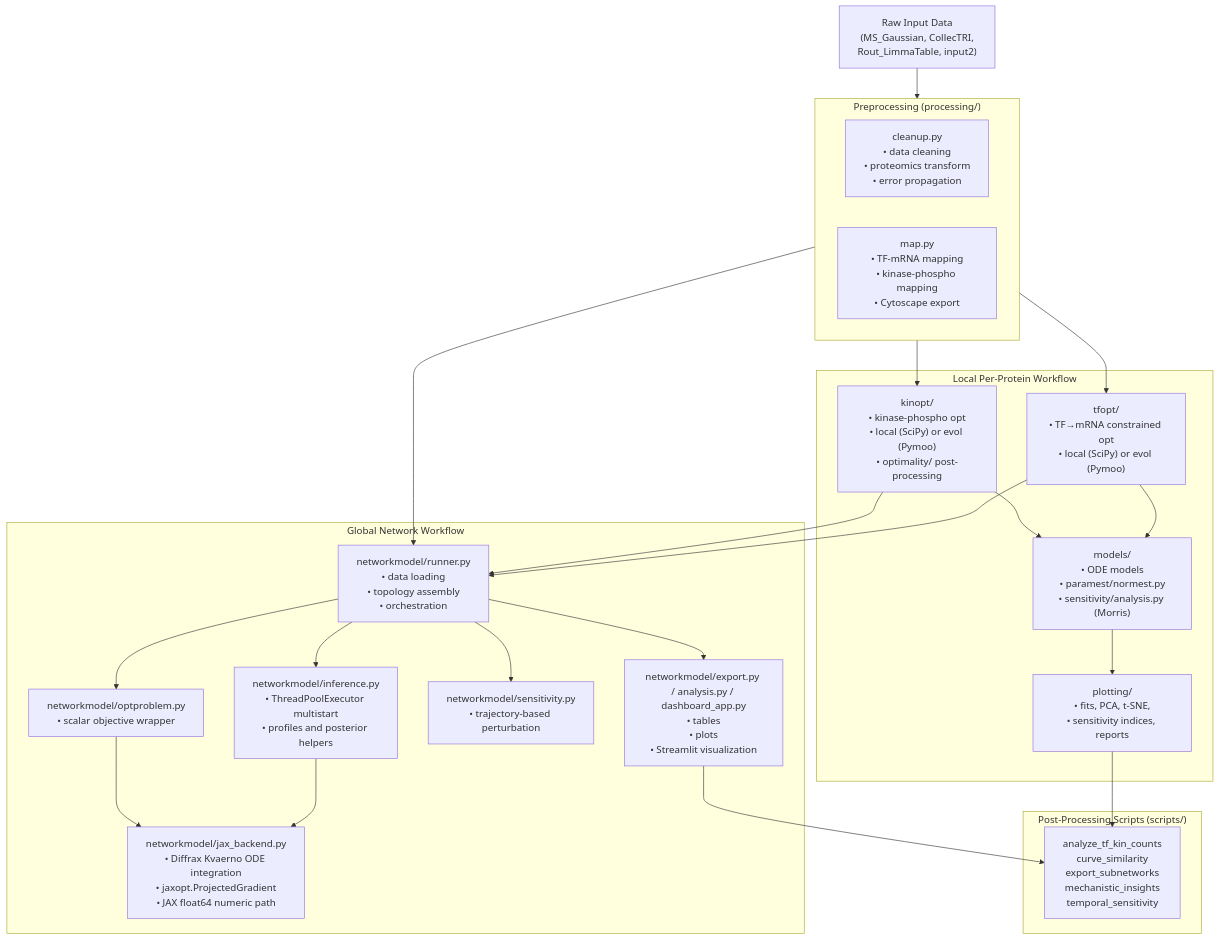
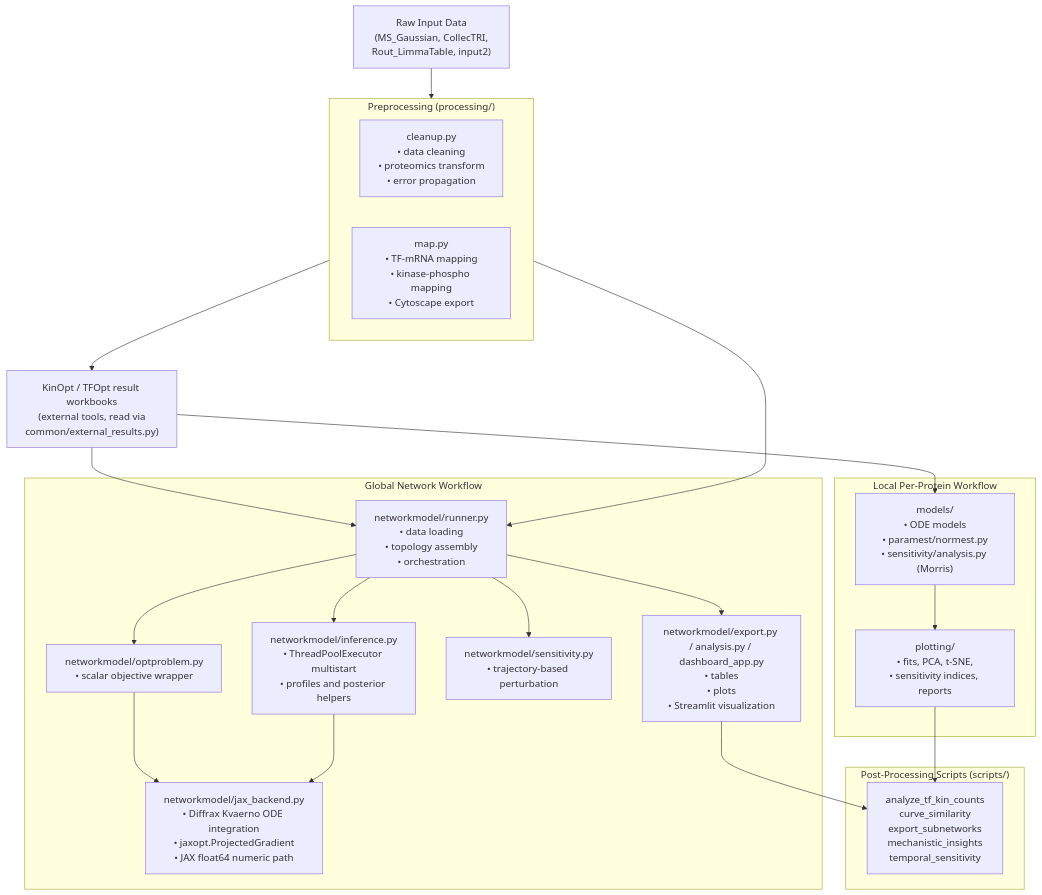
Before and after one commit to bibymaths/phoskintime: the diagram in docs/Documentation/architecture.md, drawn with Mermaid. The commit also changed other lines of this file and 20 other files, not shown here.

First line of the commit message:
docs: describe KinOpt/TFOpt as external tools behind a file contract

````diff
--- a/docs/Documentation/architecture.md
+++ b/docs/Documentation/architecture.md
@@ -31,47 +33,44 @@
 ```mermaid
 flowchart TD
     A["Raw Input Data\n(MS_Gaussian, CollecTRI,\nRout_LimmaTable, input2)"]
 
     subgraph prep ["Preprocessing (processing/)"]
         B["cleanup.py\n• data cleaning\n• proteomics transform\n• error propagation"]
         C["map.py\n• TF-mRNA mapping\n• kinase-phospho mapping\n• Cytoscape export"]
     end
 
+    D["KinOpt / TFOpt result workbooks\n(external tools, read via\ncommon/external_results.py)"]
+
     subgraph local ["Local Per-Protein Workflow"]
-        D["tfopt/\n• TF→mRNA constrained opt\n• local (SciPy) or evol (Pymoo)"]
-        E["kinopt/\n• kinase-phospho opt\n• local (SciPy) or evol (Pymoo)\n• optimality/ post-processing"]
         F["models/\n• ODE models\n• paramest/normest.py\n• sensitivity/analysis.py (Morris)"]
         G["plotting/\n• fits, PCA, t-SNE,\n• sensitivity indices, reports"]
     end
 
     subgraph global_wf ["Global Network Workflow"]
         H["networkmodel/runner.py\n• data loading\n• topology assembly\n• orchestration"]
         I["networkmodel/optproblem.py\n• scalar objective wrapper"]
         J["networkmodel/jax_backend.py\n• Diffrax Kvaerno ODE integration\n• jaxopt.ProjectedGradient\n• JAX float64 numeric path"]
         K["networkmodel/inference.py\n• ThreadPoolExecutor multistart\n• profiles and posterior helpers"]
         L["networkmodel/sensitivity.py\n• trajectory-based perturbation"]
         N["networkmodel/export.py / analysis.py / dashboard_app.py\n• tables\n• plots\n• Streamlit visualization"]
     end
 
     subgraph scripts_box ["Post-Processing Scripts (scripts/)"]
         M["analyze_tf_kin_counts\ncurve_similarity\nexport_subnetworks\nmechanistic_insights\ntemporal_sensitivity"]
     end
 
     A --> prep
     prep --> D
-    prep --> E
-    E --> F
     D --> F
     F --> G
     prep --> H
-    E --> H
     D --> H
     H --> I
     I --> J
     H --> K
     K --> J
     H --> L
     H --> N
     N --> M
     G --> M
 ```
````
